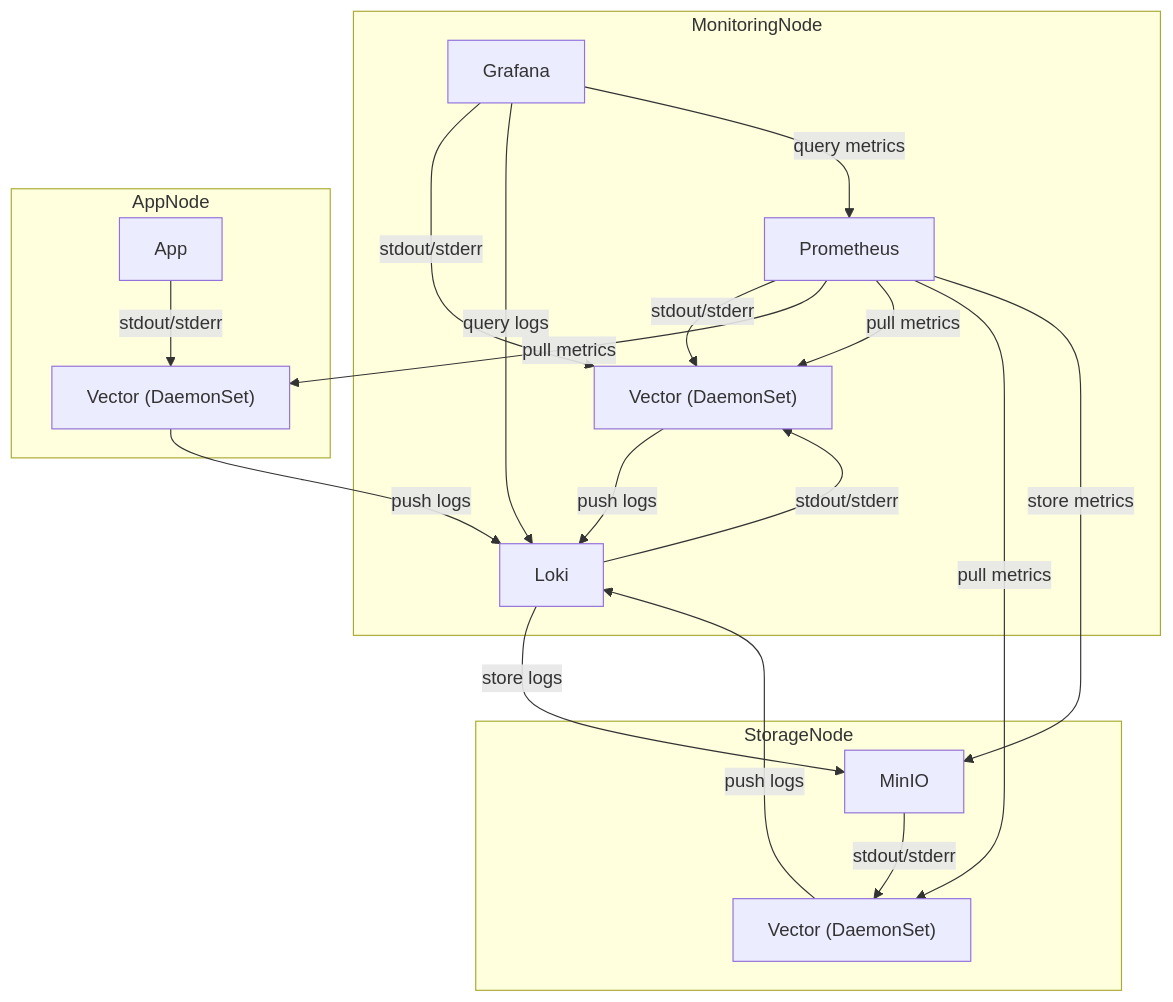
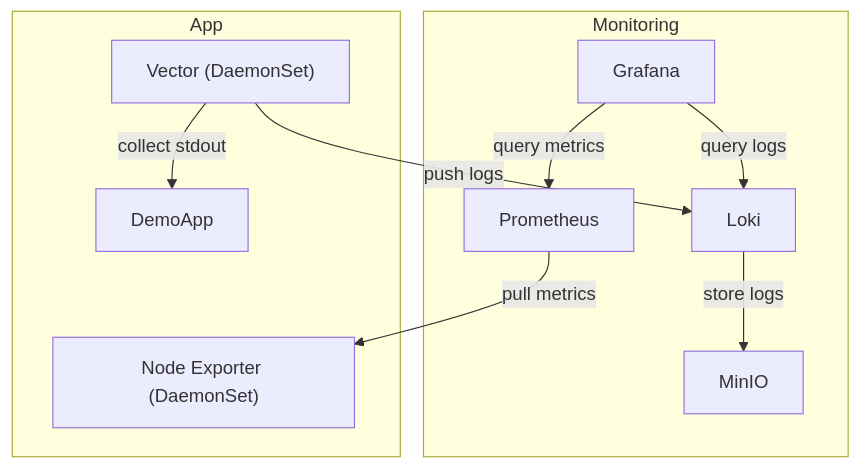
One commit to ichi-h/logging-architecture-for-k8s changed the diagram in README.md. Above: the diagram before and after it, drawn with Mermaid. The commit also changed other lines of this file, not shown here.

````diff
--- a/README.md
+++ b/README.md
@@ -56,39 +44,29 @@
 ```mermaid
 graph TD
-  subgraph MonitoringNode
+  subgraph Monitoring
     Grafana
     Prometheus
     Loki
-    MonVector["Vector (DaemonSet)"]
+    MinIO
   end
 
-  subgraph AppNode
-    App
+  subgraph App
+    DemoApp
     AppVector["Vector (DaemonSet)"]
-  end
-
-  subgraph StorageNode
-    MinIO
-    StorVector["Vector (DaemonSet)"]
+    AppExporter["Node Exporter (DaemonSet)"]
   end
 
   %% Log flow
-  App -->|stdout/stderr| AppVector -->|push logs| Loki
-  Grafana -->|stdout/stderr| MonVector -->|push logs| Loki
-  Prometheus -->|stdout/stderr| MonVector
-  Loki -->|stdout/stderr| MonVector
-  MinIO -->|stdout/stderr| StorVector -->|push logs| Loki
+  AppVector -->|collect stdout| DemoApp
+  AppVector -->|push logs| Loki
 
   %% Metrics flow
-  Prometheus -->|pull metrics| AppVector
-  Prometheus -->|pull metrics| MonVector
-  Prometheus -->|pull metrics| StorVector
+  Prometheus -->|pull metrics| AppExporter
 
   %% Query
   Grafana -->|query logs| Loki
   Grafana -->|query metrics| Prometheus
 
-  %% Store
+  %% Storage
   Loki -->|store logs| MinIO
-  Prometheus -->|store metrics| MinIO
 ```
````
